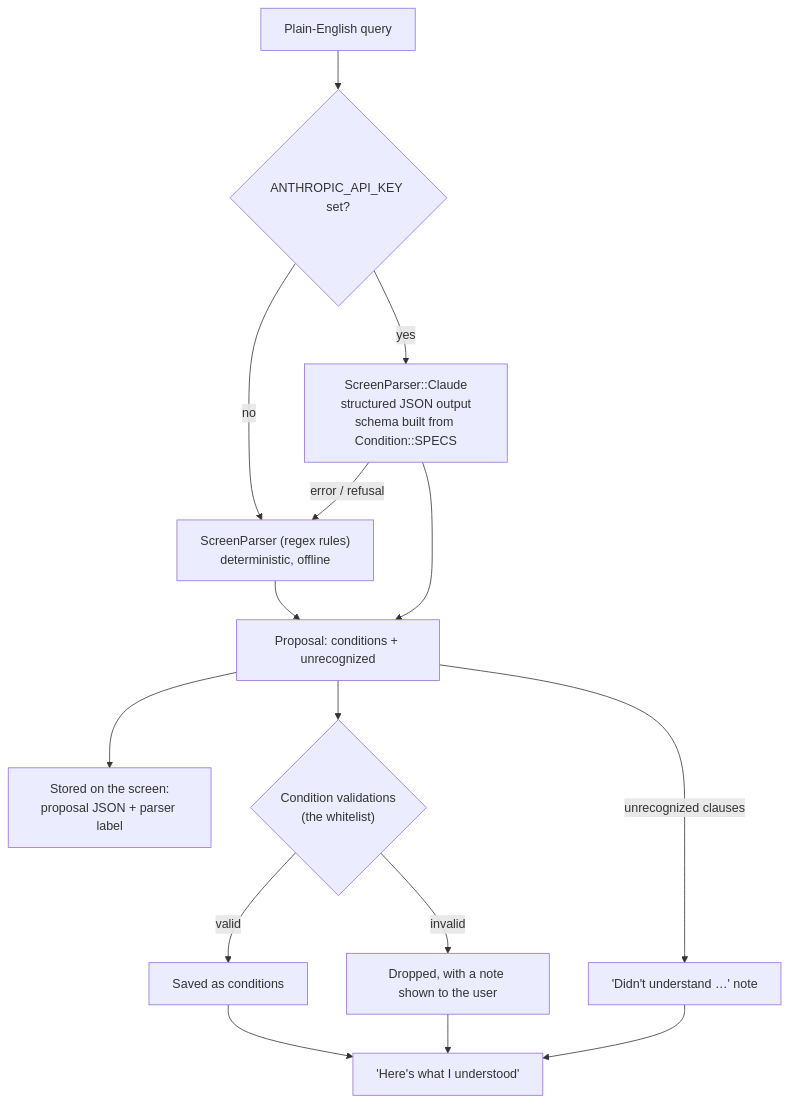
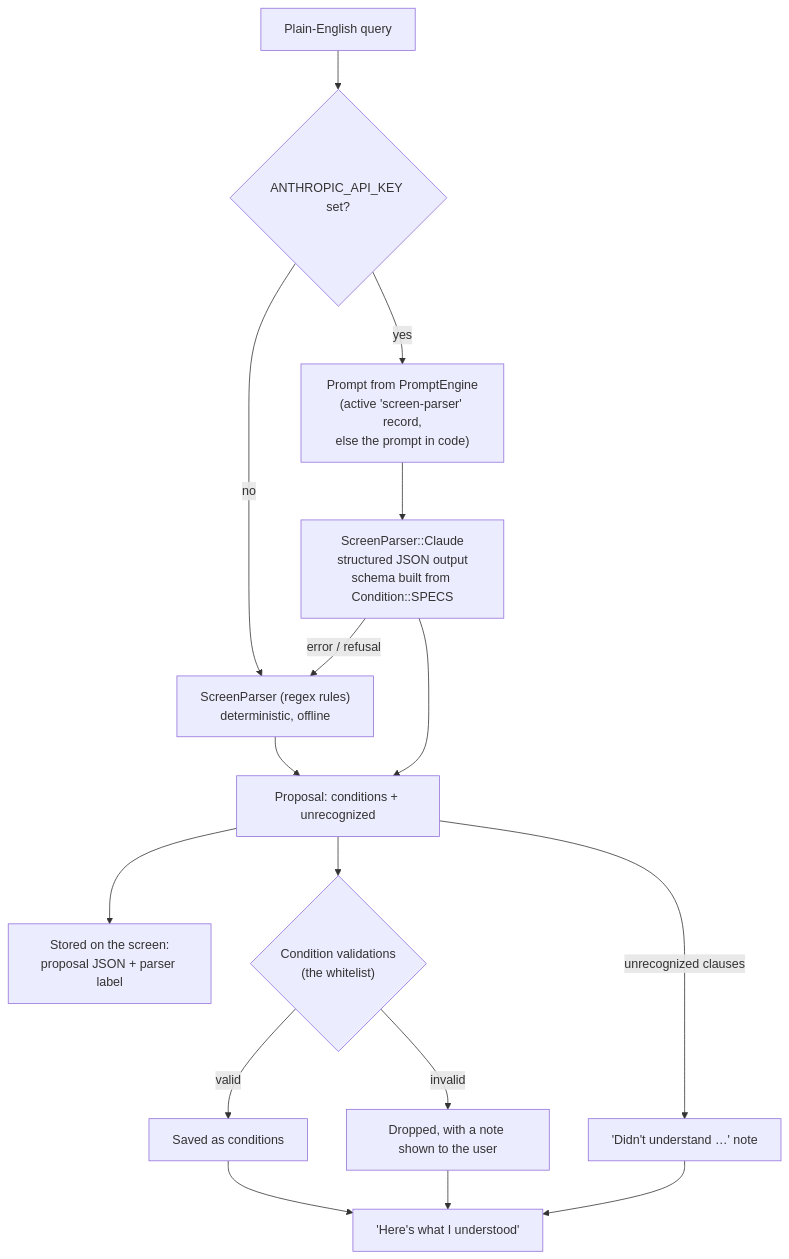
Before and after one commit to henryzhangpku/rails-nl-screen: the fourth of 7 diagrams in docs/ARCHITECTURE.md, drawn with Mermaid. The commit also changed other lines of this file and 1 other file, not shown here.

Commit message:
Study notes: PromptEngine, the Rails 8 authentication generator, engines

````diff
--- a/docs/ARCHITECTURE.md
+++ b/docs/ARCHITECTURE.md
@@ -255,17 +258,18 @@
 ```mermaid
 flowchart TD
   T["Plain-English query"] --> E{"ANTHROPIC_API_KEY set?"}
   E -- no --> R["ScreenParser (regex rules)<br/>deterministic, offline"]
-  E -- yes --> L["ScreenParser::Claude<br/>structured JSON output<br/>schema built from Condition::SPECS"]
+  E -- yes --> P["Prompt from PromptEngine<br/>(active 'screen-parser' record,<br/>else the prompt in code)"]
+  P --> L["ScreenParser::Claude<br/>structured JSON output<br/>schema built from Condition::SPECS"]
   L -- "error / refusal" --> R
   L --> PR["Proposal: conditions + unrecognized"]
   R --> PR
   PR --> AU["Stored on the screen:<br/>proposal JSON + parser label"]
   PR --> V{"Condition validations<br/>(the whitelist)"}
   V -- valid --> K["Saved as conditions"]
   V -- invalid --> N["Dropped, with a note shown to the user"]
   PR -- unrecognized clauses --> N2["'Didn't understand …' note"]
   K --> UI["'Here's what I understood'"]
   N --> UI
   N2 --> UI
 ```
````
